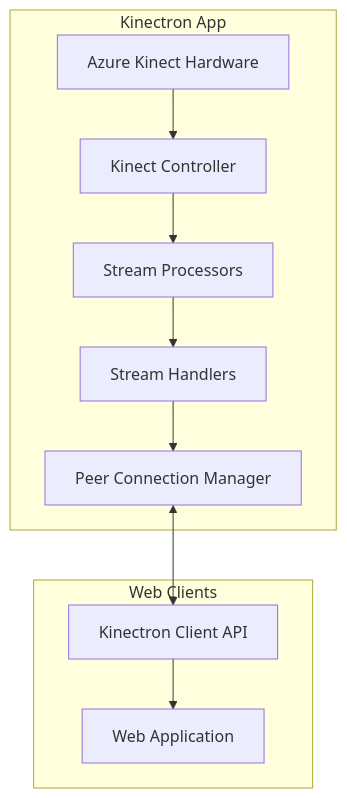
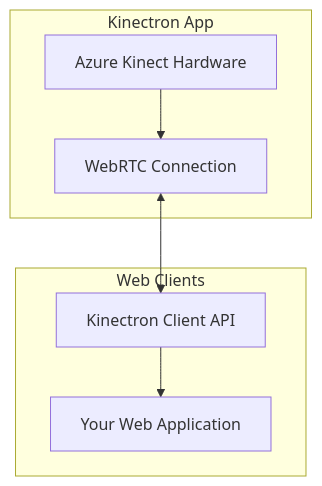
The diagram in README.md (kinectron/kinectron), drawn with Mermaid before and after one commit. The commit also changed other lines of this file, not shown here.

Commit message:
Update readme architecture

````diff
--- a/README.md
+++ b/README.md
@@ -33,17 +30,14 @@
 ```mermaid
 flowchart TD
     subgraph "Kinectron App"
         KinectHW[Azure Kinect Hardware]
-        KinectController[Kinect Controller]
-        Processors[Stream Processors]
-        Handlers[Stream Handlers]
-        PeerManager[Peer Connection Manager]
+        PeerManager[WebRTC Connection]
     end
 
     subgraph "Web Clients"
         ClientAPI[Kinectron Client API]
-        WebApp[Web Application]
+        WebApp[Your Web Application]
     end
 
-    KinectHW --> KinectController --> Processors --> Handlers --> PeerManager <--> ClientAPI --> WebApp
+    KinectHW --> PeerManager <--> ClientAPI --> WebApp
 ```
````
